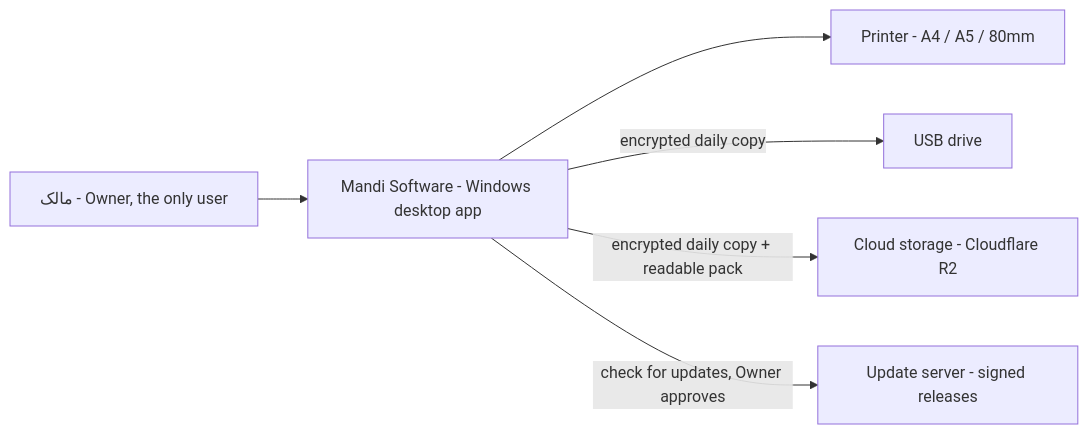
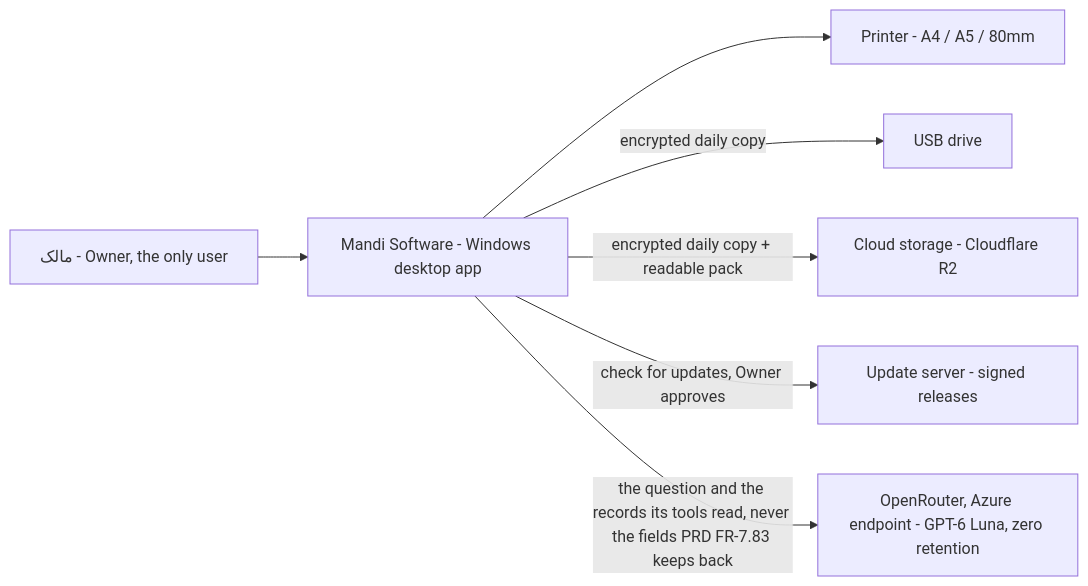
The first of 28 diagrams in .claude/rules/Architecture_v1.md (FaisalHanif12/Fruits-Mandi-Software), drawn with Mermaid before and after one commit. The commit also changed other lines of this file and 10 other files, not shown here.

````diff
--- a/.claude/rules/Architecture_v1.md
+++ b/.claude/rules/Architecture_v1.md
@@ -45,15 +46,17 @@
 ```mermaid
 flowchart LR
     owner["مالک - Owner, the only user"]
     app["Mandi Software - Windows desktop app"]
     printer["Printer - A4 / A5 / 80mm"]
     usb["USB drive"]
     cloud["Cloud storage - Cloudflare R2"]
     update["Update server - signed releases"]
+    ai["OpenRouter, Azure endpoint - GPT-6 Luna, zero retention"]
 
     owner --> app
     app --> printer
     app -- "encrypted daily copy" --> usb
     app -- "encrypted daily copy + readable pack" --> cloud
     app -- "check for updates, Owner approves" --> update
+    app -- "the question and the records its tools read, never the fields PRD FR-7.83 keeps back" --> ai
 ```
````
